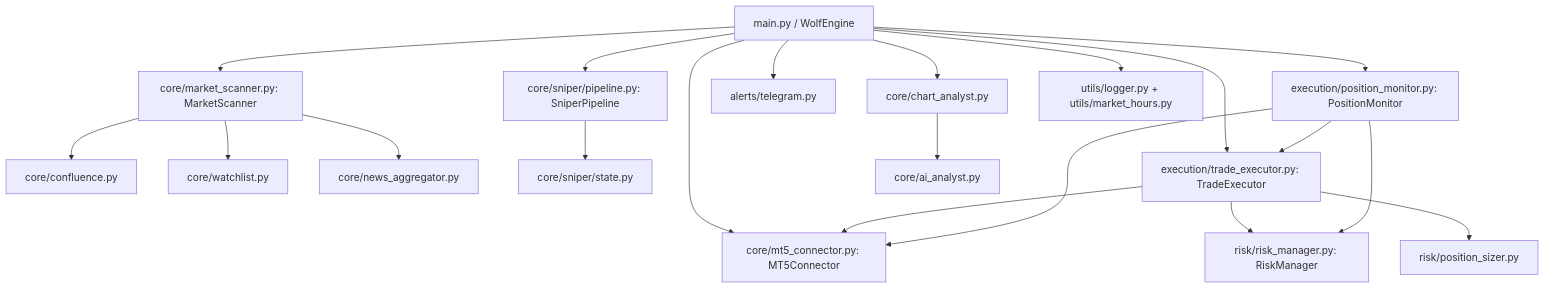
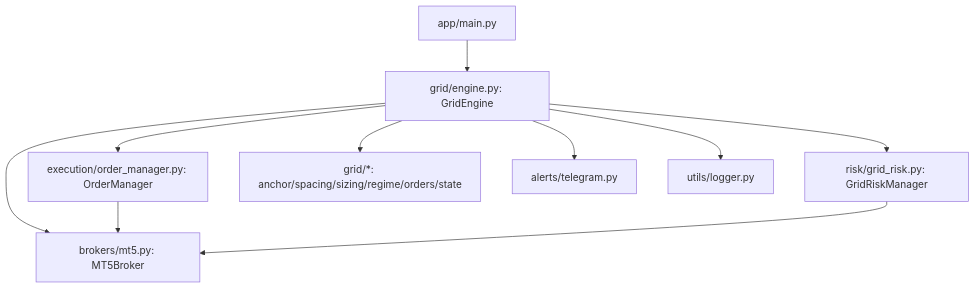
Before and after one commit to pydev2018/daytrader: the diagram in docs/architecture.md, drawn with Mermaid. The commit also changed other lines of this file and 117 other files, not shown here.

````diff
--- a/docs/architecture.md
+++ b/docs/architecture.md
@@ -23,27 +16,13 @@
 ```mermaid
 graph TD
-  main[main.py / WolfEngine] --> mt5[core/mt5_connector.py: MT5Connector]
-  main --> scanner[core/market_scanner.py: MarketScanner]
-  scanner --> confluence[core/confluence.py]
-  scanner --> watchlist[core/watchlist.py]
-  scanner --> news[core/news_aggregator.py]
+  app[app/main.py] --> engine[grid/engine.py: GridEngine]
+  engine --> broker[brokers/mt5.py: MT5Broker]
+  engine --> ordermgr[execution/order_manager.py: OrderManager]
+  engine --> risk[risk/grid_risk.py: GridRiskManager]
+  engine --> grid[grid/*: anchor/spacing/sizing/regime/orders/state]
+  engine --> alerts[alerts/telegram.py]
+  engine --> logs[utils/logger.py]
 
-  main --> sniper[core/sniper/pipeline.py: SniperPipeline]
-  sniper --> state[core/sniper/state.py]
-
-  main --> executor[execution/trade_executor.py: TradeExecutor]
-  executor --> mt5
-  executor --> risk[risk/risk_manager.py: RiskManager]
-  executor --> sizer[risk/position_sizer.py]
-
-  main --> posmon[execution/position_monitor.py: PositionMonitor]
-  posmon --> mt5
-  posmon --> executor
-  posmon --> risk
-
-  main --> alerts[alerts/telegram.py]
-  main --> chart[core/chart_analyst.py]
-  chart --> ai[core/ai_analyst.py]
-
-  main --> utils[utils/logger.py + utils/market_hours.py]
+  ordermgr --> broker
+  risk --> broker
 ```
````
